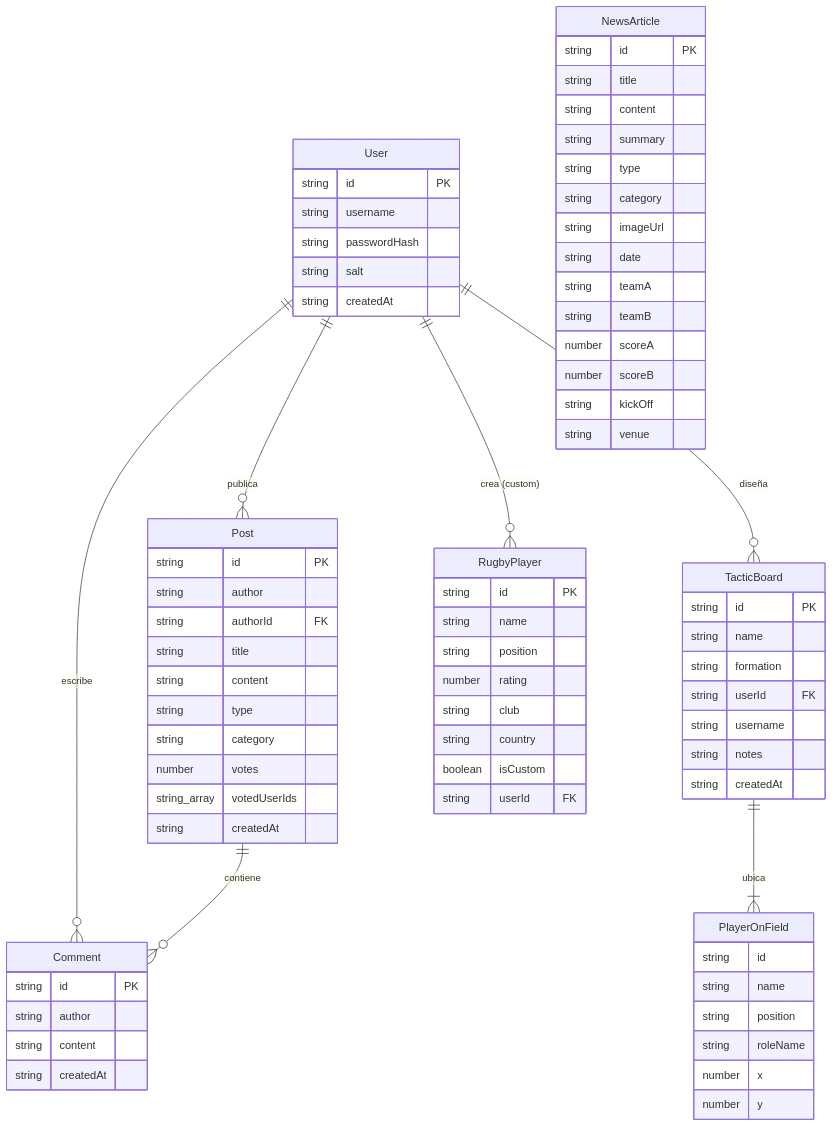
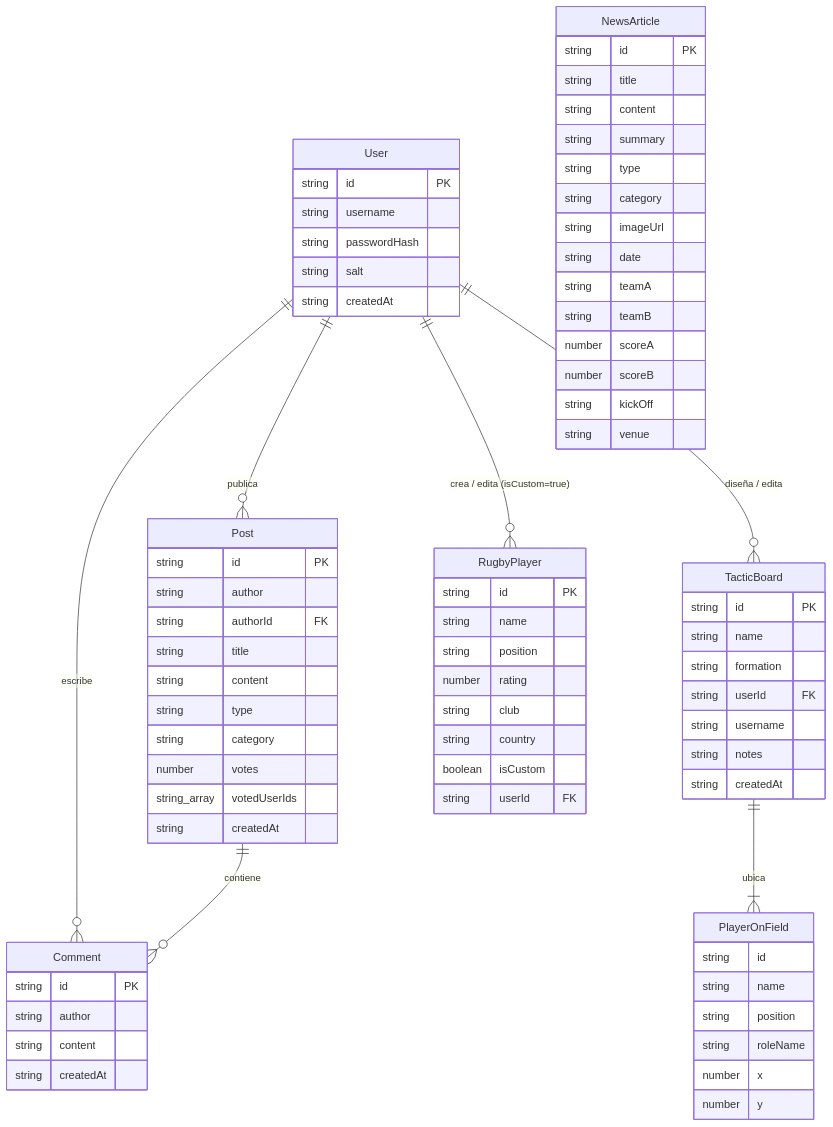
Before and after one commit to mattmotyczak/Rugby: the diagram in docs/DATABASE.md, drawn with Mermaid. The commit also changed other lines of this file and 10 other files, not shown here.

```diff
--- a/docs/DATABASE.md
+++ b/docs/DATABASE.md
@@ -34,8 +34,8 @@
 erDiagram
     User ||--o{ Post : "publica"
     User ||--o{ Comment : "escribe"
-    User ||--o{ TacticBoard : "diseña"
-    User ||--o{ RugbyPlayer : "crea (custom)"
+    User ||--o{ TacticBoard : "diseña / edita"
+    User ||--o{ RugbyPlayer : "crea / edita (isCustom=true)"
     Post ||--o{ Comment : "contiene"
     TacticBoard ||--|{ PlayerOnField : "ubica"
 
```
